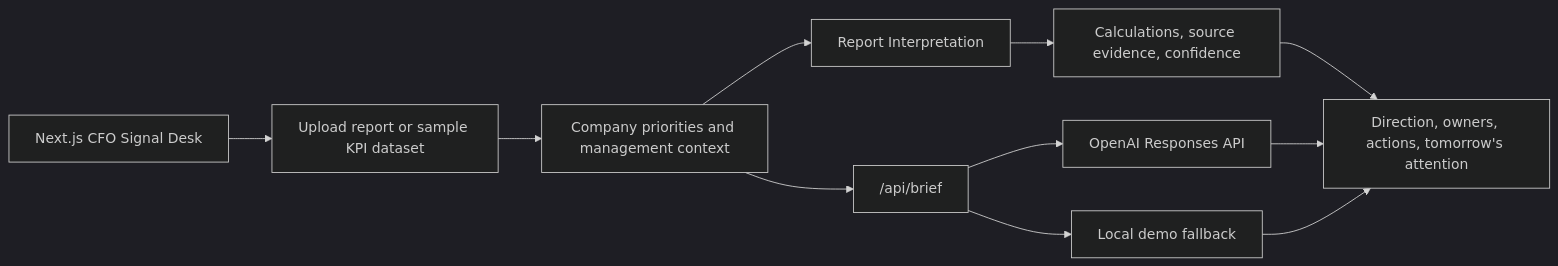
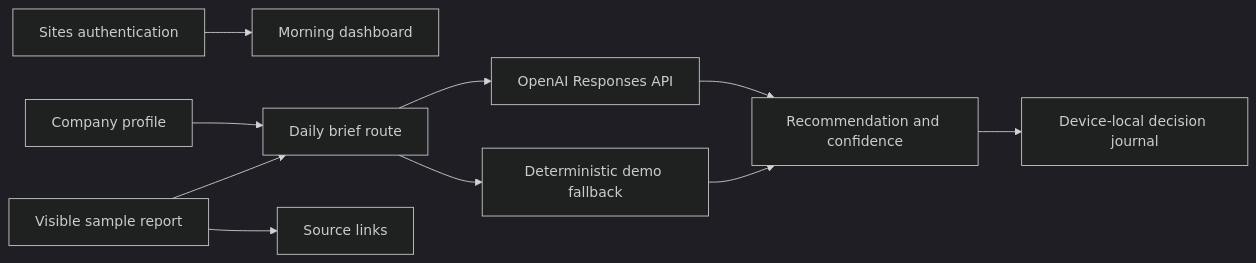
Before and after one commit to mhmtcnynk-star/cfo-signal-desk: the diagram in README.md, drawn with Mermaid (dark theme). The commit also changed other lines of this file and 9 other files, not shown here.

Commit message:
refine CFO Signal Desk morning MVP

````diff
--- a/README.md
+++ b/README.md
@@ -42,13 +28,12 @@
 ```mermaid
 flowchart LR
-  UI["Next.js CFO Signal Desk"] --> Input["Upload report or sample KPI dataset"]
-  Input --> Context["Company priorities and management context"]
-  Context --> Engine["Report Interpretation"]
-  Engine --> Evidence["Calculations, source evidence, confidence"]
-  Evidence --> Decisions["Direction, owners, actions, tomorrow's attention"]
-  Context --> Route["/api/brief"]
-  Route --> OpenAI["OpenAI Responses API"]
-  Route --> Demo["Local demo fallback"]
-  OpenAI --> Decisions
-  Demo --> Decisions
+  Auth["Sites authentication"] --> Dashboard["Morning dashboard"]
+  Profile["Company profile"] --> Brief["Daily brief route"]
+  Sample["Visible sample report"] --> Brief
+  Brief --> OpenAI["OpenAI Responses API"]
+  Brief --> Demo["Deterministic demo fallback"]
+  OpenAI --> Decision["Recommendation and confidence"]
+  Demo --> Decision
+  Decision --> Journal["Device-local decision journal"]
+  Sample --> Sources["Source links"]
 ```
````
